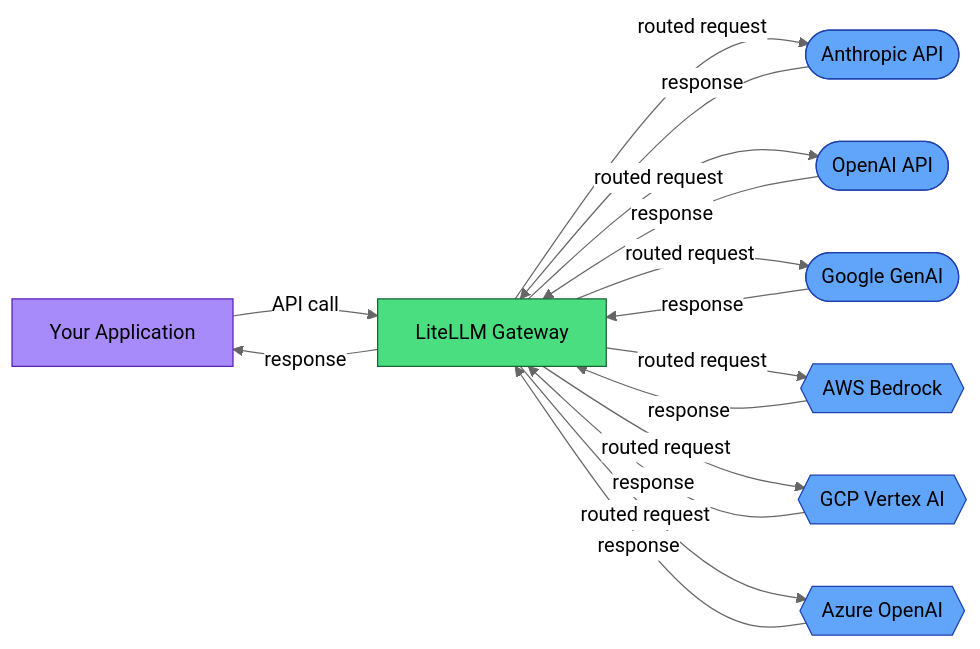
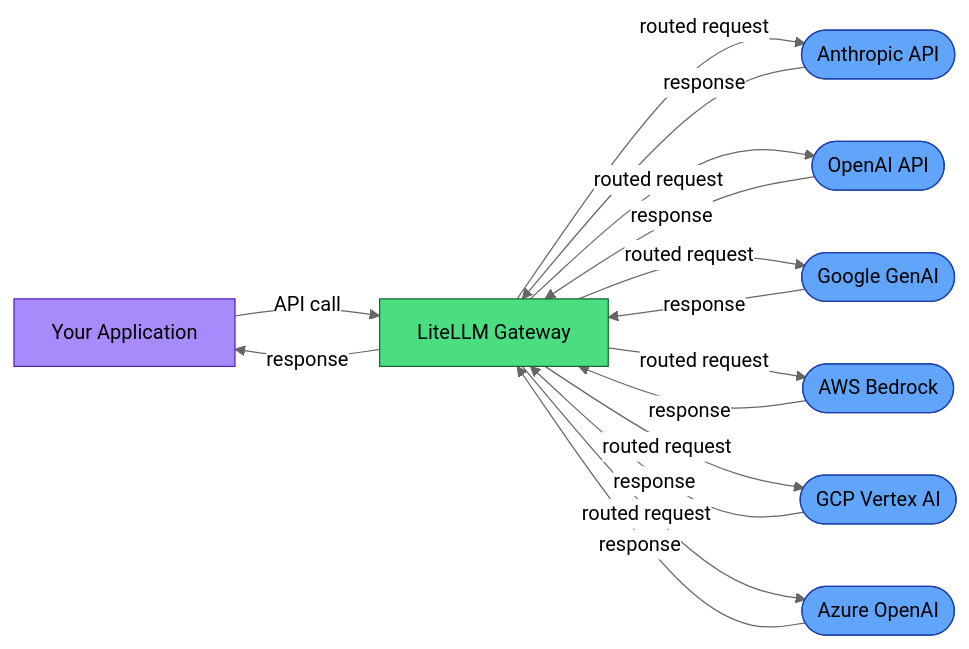
Before and after one commit to BerriAI/litellm: the diagram in docs/my-website/docs/eu-ai-act-compliance.md, drawn with Mermaid (neutral theme). The commit also changed other lines of this file, not shown here.

First line of the commit message:
fix: rewrite Article 14 section and fix Mermaid node shapes

````diff
--- a/docs/my-website/docs/eu-ai-act-compliance.md
+++ b/docs/my-website/docs/eu-ai-act-compliance.md
@@ -49,30 +49,30 @@
 ```mermaid
 graph LR
     APP[Your Application] -->|API call| LiteLLM[LiteLLM Gateway]
     LiteLLM -->|routed request| Anthropic([Anthropic API])
     LiteLLM -->|routed request| OpenAI([OpenAI API])
     LiteLLM -->|routed request| Google([Google GenAI])
-    LiteLLM -->|routed request| Bedrock{{AWS Bedrock}}
-    LiteLLM -->|routed request| VertexAI{{GCP Vertex AI}}
-    LiteLLM -->|routed request| Azure{{Azure OpenAI}}
+    LiteLLM -->|routed request| Bedrock([AWS Bedrock])
+    LiteLLM -->|routed request| VertexAI([GCP Vertex AI])
+    LiteLLM -->|routed request| Azure([Azure OpenAI])
     Anthropic -->|response| LiteLLM
     OpenAI -->|response| LiteLLM
     Google -->|response| LiteLLM
-    Bedrock -->|response| LiteLLM
-    VertexAI -->|response| LiteLLM
-    Azure -->|response| LiteLLM
+    Bedrock  -->|response| LiteLLM
+    VertexAI  -->|response| LiteLLM
+    Azure  -->|response| LiteLLM
     LiteLLM -->|response| APP
 
     classDef processor fill:#60a5fa,stroke:#1e40af,color:#000
     classDef app fill:#a78bfa,stroke:#5b21b6,color:#000
     classDef gateway fill:#4ade80,stroke:#166534,color:#000
 
     class APP app
     class LiteLLM gateway
     class Anthropic processor
     class OpenAI processor
     class Google processor
     class Bedrock processor
     class VertexAI processor
     class Azure processor
 ```
````
